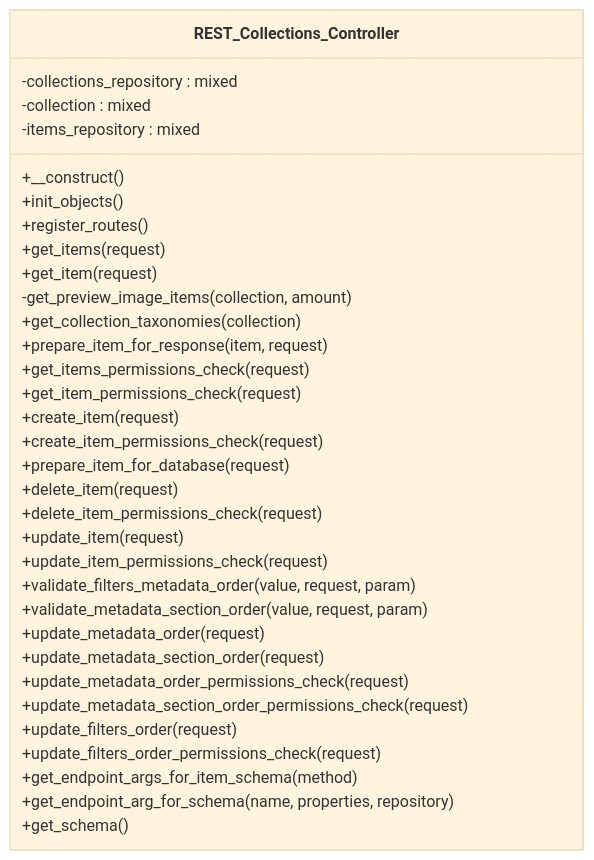
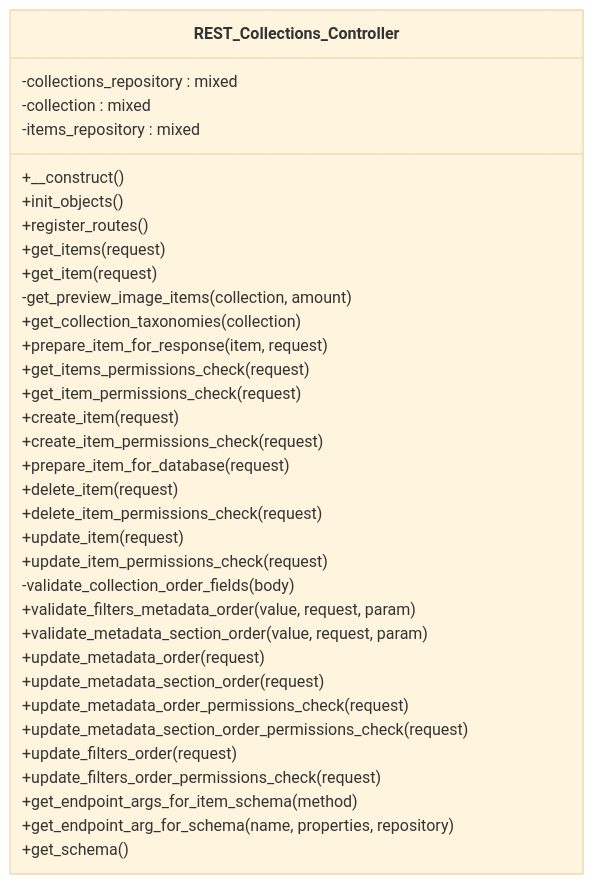
Before and after one commit to tainacan/tainacan: the diagram in docs/phpdoc/classes/Tainacan/API/EndPoints/REST_Collections_Controller.mmd, drawn with Mermaid (base theme). The commit also changed 51 other files, not shown here.

```diff
--- a/docs/phpdoc/classes/Tainacan/API/EndPoints/REST_Collections_Controller.mmd
+++ b/docs/phpdoc/classes/Tainacan/API/EndPoints/REST_Collections_Controller.mmd
@@ -1,35 +1,36 @@
 classDiagram
     direction TB
     class REST_Collections_Controller {
         -collections_repository : mixed
         -collection : mixed
         -items_repository : mixed
         +__construct()
         +init_objects()
         +register_routes()
         +get_items(request)
         +get_item(request)
         -get_preview_image_items(collection, amount)
         +get_collection_taxonomies(collection)
         +prepare_item_for_response(item, request)
         +get_items_permissions_check(request)
         +get_item_permissions_check(request)
         +create_item(request)
         +create_item_permissions_check(request)
         +prepare_item_for_database(request)
         +delete_item(request)
         +delete_item_permissions_check(request)
         +update_item(request)
         +update_item_permissions_check(request)
+        -validate_collection_order_fields(body)
         +validate_filters_metadata_order(value, request, param)
         +validate_metadata_section_order(value, request, param)
         +update_metadata_order(request)
         +update_metadata_section_order(request)
         +update_metadata_order_permissions_check(request)
         +update_metadata_section_order_permissions_check(request)
         +update_filters_order(request)
         +update_filters_order_permissions_check(request)
         +get_endpoint_args_for_item_schema(method)
         +get_endpoint_arg_for_schema(name, properties, repository)
         +get_schema()
     }
```
